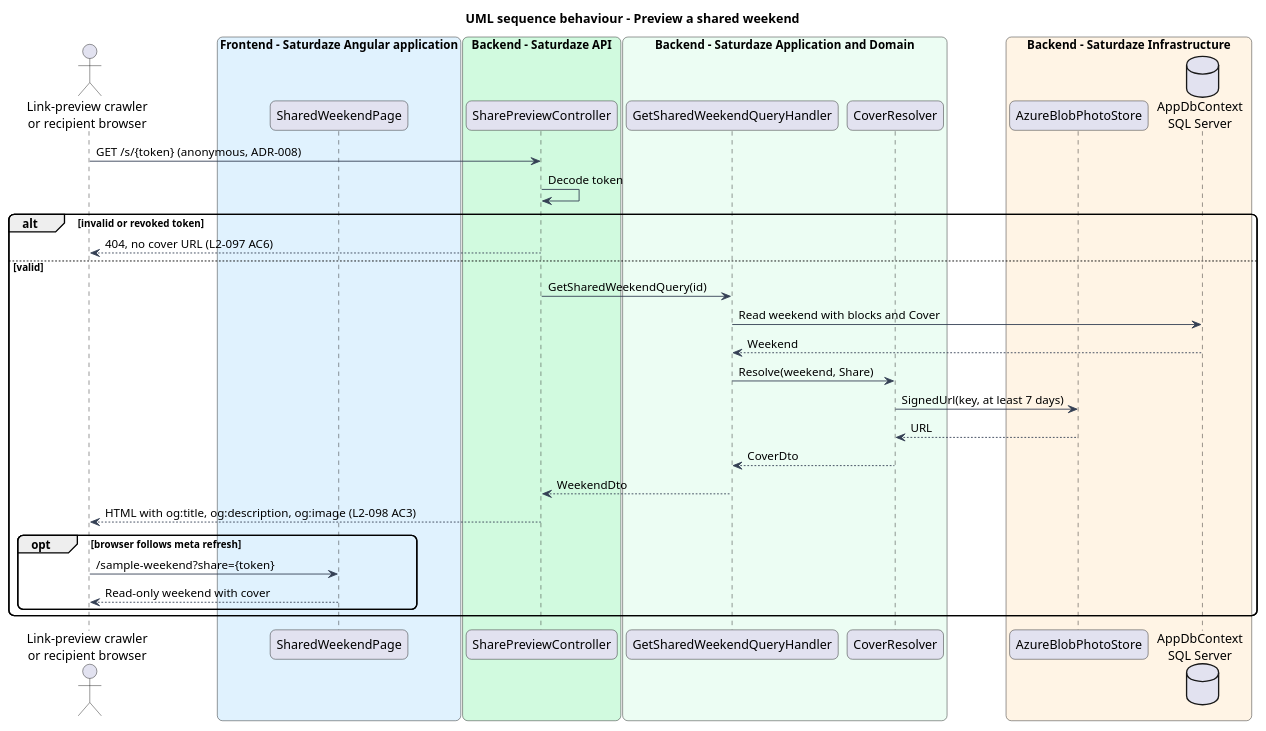
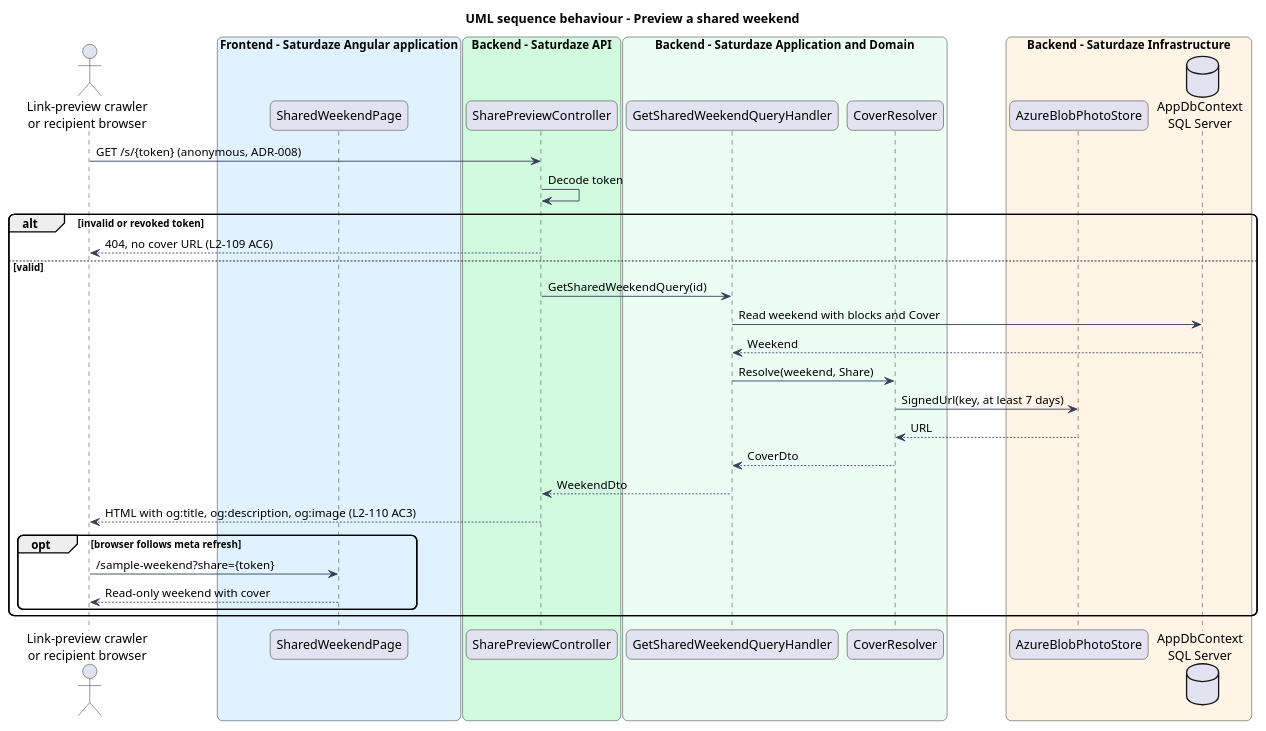
The diagram in docs/detailed-designs/weekend-planning/choose-weekend-cover-photo/diagrams/sequence-share-preview.puml (QuinntyneBrown/saturdaze), drawn with PlantUML before and after one commit. The commit also changed 164 other files, not shown here.

```diff
--- a/docs/detailed-designs/weekend-planning/choose-weekend-cover-photo/diagrams/sequence-share-preview.puml
+++ b/docs/detailed-designs/weekend-planning/choose-weekend-cover-photo/diagrams/sequence-share-preview.puml
@@ -1,42 +1,42 @@
 @startuml
 title UML sequence behaviour - Preview a shared weekend
 skinparam backgroundColor #FFFFFF
 skinparam shadowing false
 skinparam roundcorner 12
 skinparam defaultFontName Arial
 skinparam ArrowColor #344054
 actor "Link-preview crawler\nor recipient browser" as actor
 box "Frontend - Saturdaze Angular application" #E0F2FE
  participant "SharedWeekendPage" as shared
 end box
 box "Backend - Saturdaze API" #D1FADF
  participant "SharePreviewController" as controller
 end box
 box "Backend - Saturdaze Application and Domain" #ECFDF3
  participant "GetSharedWeekendQueryHandler" as handler
  participant "CoverResolver" as resolver
 end box
 box "Backend - Saturdaze Infrastructure" #FFF4E5
  participant "AzureBlobPhotoStore" as store
  database "AppDbContext\nSQL Server" as db
 end box
 actor -> controller : GET /s/{token} (anonymous, ADR-008)
 controller -> controller : Decode token
 alt invalid or revoked token
- controller --> actor : 404, no cover URL (L2-097 AC6)
+ controller --> actor : 404, no cover URL (L2-109 AC6)
 else valid
  controller -> handler : GetSharedWeekendQuery(id)
  handler -> db : Read weekend with blocks and Cover
  db --> handler : Weekend
  handler -> resolver : Resolve(weekend, Share)
  resolver -> store : SignedUrl(key, at least 7 days)
  store --> resolver : URL
  resolver --> handler : CoverDto
  handler --> controller : WeekendDto
- controller --> actor : HTML with og:title, og:description, og:image (L2-098 AC3)
+ controller --> actor : HTML with og:title, og:description, og:image (L2-110 AC3)
  opt browser follows meta refresh
   actor -> shared : /sample-weekend?share={token}
   shared --> actor : Read-only weekend with cover
  end
 end
 @enduml
```
